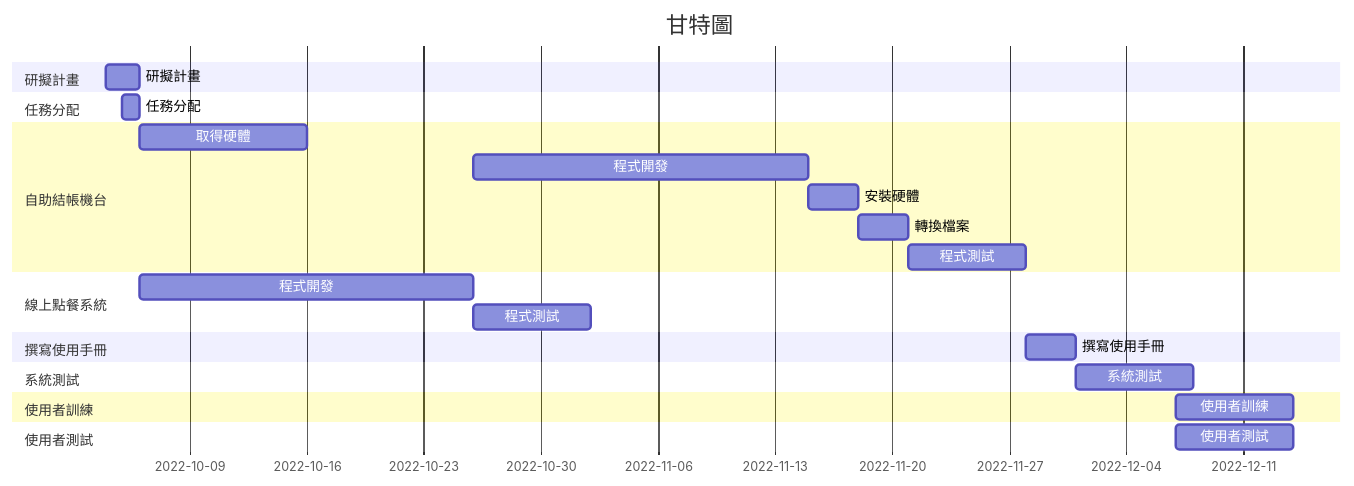
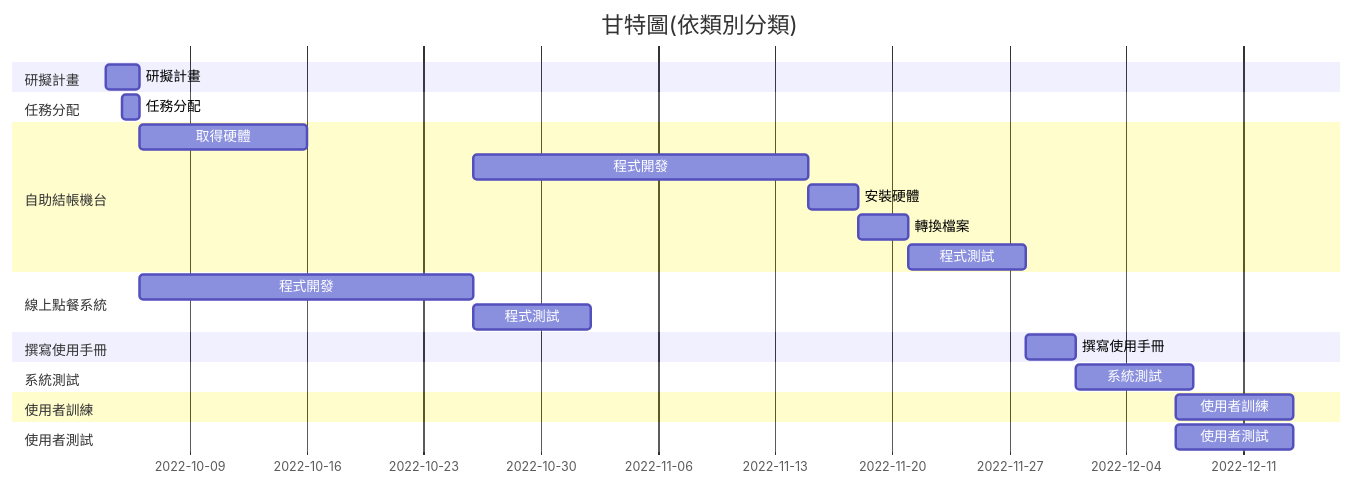
One commit to bingxueNKUST/group12 changed the second of 2 diagrams in README.md. Above: the diagram before and after it, drawn with Mermaid. The commit also changed other lines of this file, not shown here.

````diff
--- a/README.md
+++ b/README.md
@@ -68,32 +68,32 @@
 ```mermaid
 gantt
-    title 甘特圖
+    title 甘特圖(依類別分類)
     section 研擬計畫
     研擬計畫:a1, 2022-10-04, 2d
     
     section 任務分配
     任務分配:2022-10-05  , 1d
     
     section 自助結帳機台
     取得硬體:2022-10-06, 10d
     程式開發:2022-10-26, 20d
     安裝硬體:2022-11-15, 3d
     轉換檔案:2022-11-18, 3d
     程式測試:2022-11-21, 7d
     
     section 線上點餐系統
     程式開發:2022-10-6, 20d
     程式測試:2022-10-26, 7d
       
     section 撰寫使用手冊
     撰寫使用手冊:2022-11-28, 3d
     
     section 系統測試
     系統測試:2022-12-01, 7d
     
     section 使用者訓練
     使用者訓練:2022-12-07, 7d
     
     section 使用者測試
     使用者測試:2022-12-07, 7d
 ```
````
